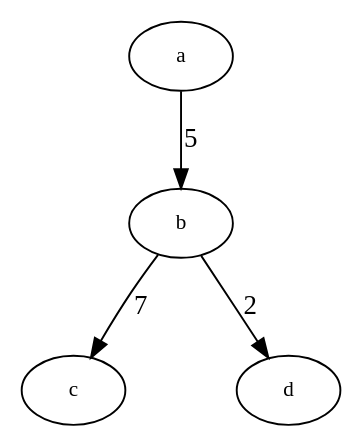
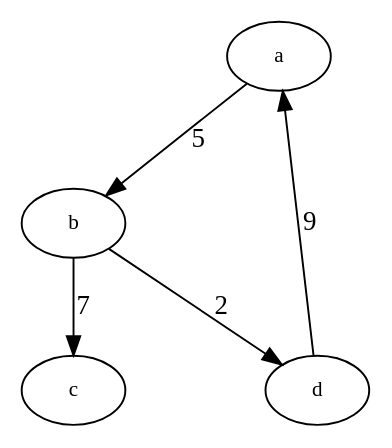
Before and after one commit to alessandro11/graph-ci065-2s-16-Dijkstra: the diagram in graph-examples/digraph/d.dot, drawn with Graphviz.

Commit message:
Add one incoming edge to the digraph.

```diff
--- a/graph-examples/digraph/d.dot
+++ b/graph-examples/digraph/d.dot
@@ -1,11 +1,12 @@
 strict digraph "d" {
 	splines=true;
 	sep="+25,25";
 	overlap=scalexy;
 	nodesep=0.8;
 	node [fontsize=11];
 
 	a -> b ["peso"=5, label=5]
 	b -> c ["peso"=7, label=7]
 	b -> d ["peso"=2, label=2]
+	d -> a ["peso"=9, label=9]
 }
```
